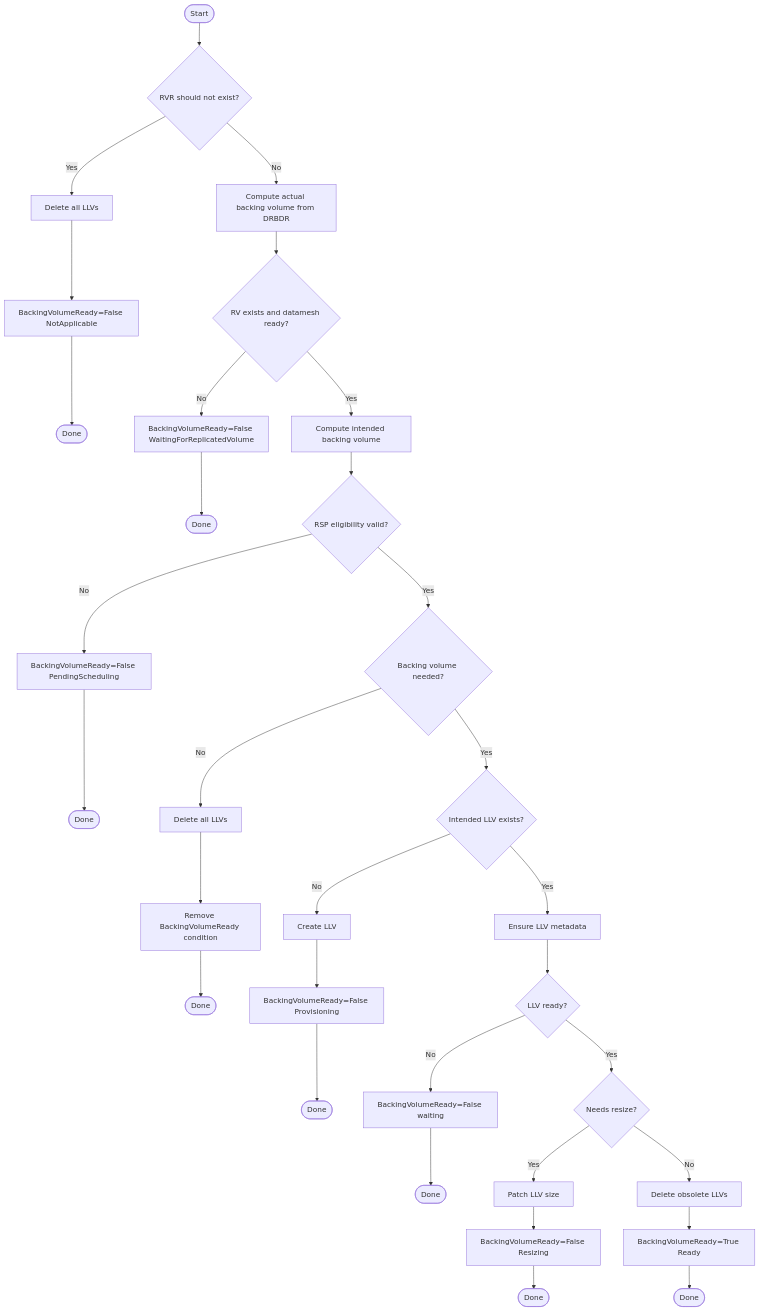
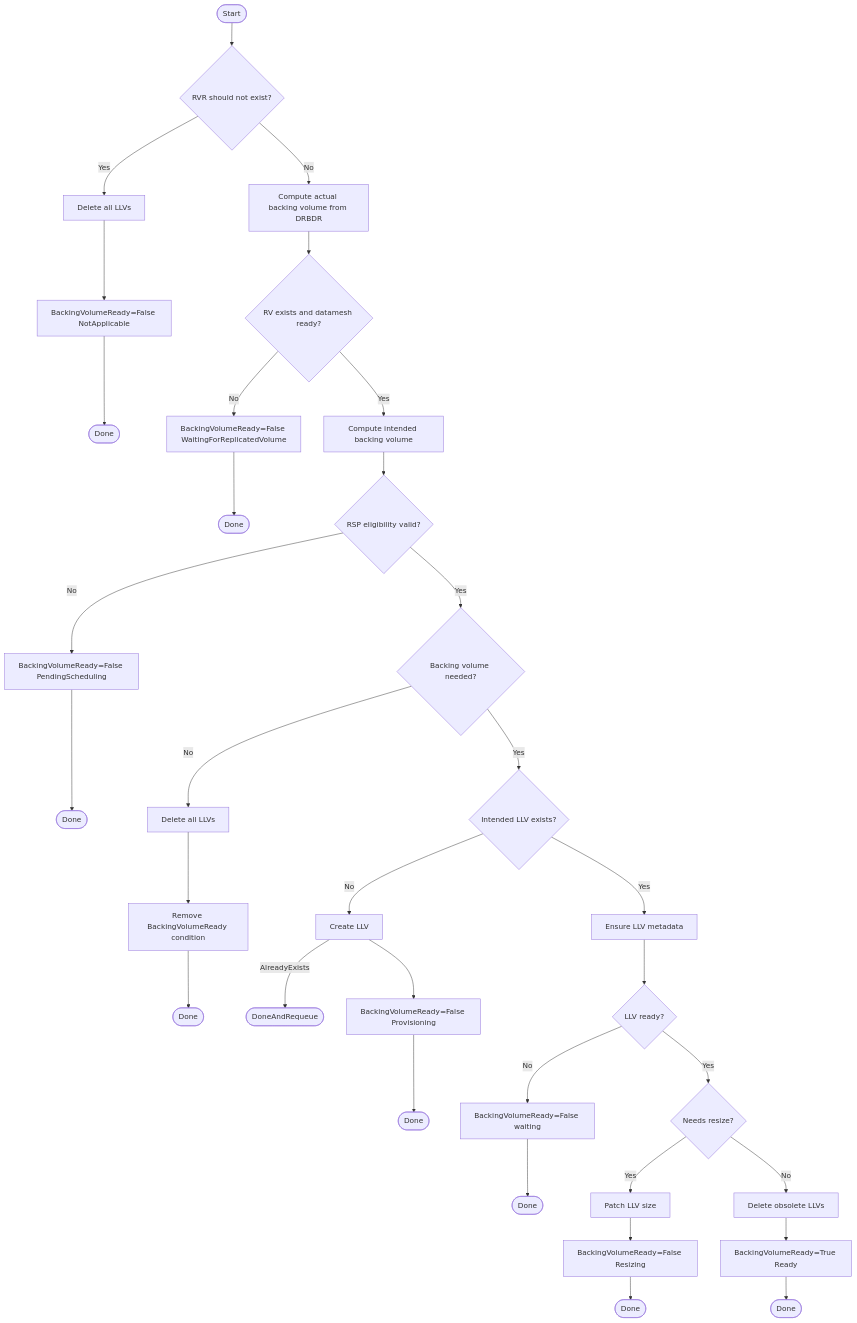
Before and after one commit to deckhouse/sds-replicated-volume: the third of 15 diagrams in images/controller/internal/controllers/rvr_controller/README.md, drawn with Mermaid. The commit also changed other lines of this file and 9 other files, not shown here.

````diff
--- a/images/controller/internal/controllers/rvr_controller/README.md
+++ b/images/controller/internal/controllers/rvr_controller/README.md
@@ -610,41 +610,42 @@
 ```mermaid
 flowchart TD
     Start([Start]) --> CheckDelete{RVR should not exist?}
     CheckDelete -->|Yes| DeleteAll[Delete all LLVs]
     DeleteAll --> SetNA1[BackingVolumeReady=False NotApplicable]
     SetNA1 --> End1([Done])
 
     CheckDelete -->|No| ComputeActual[Compute actual backing volume from DRBDR]
     ComputeActual --> CheckRV{RV exists and datamesh ready?}
     CheckRV -->|No| WaitRV[BackingVolumeReady=False WaitingForReplicatedVolume]
     WaitRV --> End2([Done])
 
     CheckRV -->|Yes| ComputeIntended[Compute intended backing volume]
     ComputeIntended --> CheckRSPElig{RSP eligibility valid?}
     CheckRSPElig -->|No| SetPendingRSP[BackingVolumeReady=False PendingScheduling]
     SetPendingRSP --> EndRSP([Done])
 
     CheckRSPElig -->|Yes| CheckNeed{Backing volume needed?}
     CheckNeed -->|No| DeleteLLVs[Delete all LLVs]
     DeleteLLVs --> RemoveCond[Remove BackingVolumeReady condition]
     RemoveCond --> End3([Done])
 
     CheckNeed -->|Yes| CheckExists{Intended LLV exists?}
     CheckExists -->|No| Create[Create LLV]
+    Create -->|AlreadyExists| Requeue([DoneAndRequeue])
     Create --> SetProv[BackingVolumeReady=False Provisioning]
     SetProv --> End4([Done])
 
     CheckExists -->|Yes| EnsureMeta[Ensure LLV metadata]
     EnsureMeta --> CheckReady{LLV ready?}
     CheckReady -->|No| SetWait[BackingVolumeReady=False waiting]
     SetWait --> End5([Done])
 
     CheckReady -->|Yes| CheckResize{Needs resize?}
     CheckResize -->|Yes| PatchSize[Patch LLV size]
     PatchSize --> SetResize[BackingVolumeReady=False Resizing]
     SetResize --> End6([Done])
 
     CheckResize -->|No| DeleteObs[Delete obsolete LLVs]
     DeleteObs --> SetReady[BackingVolumeReady=True Ready]
     SetReady --> End7([Done])
 ```
````
